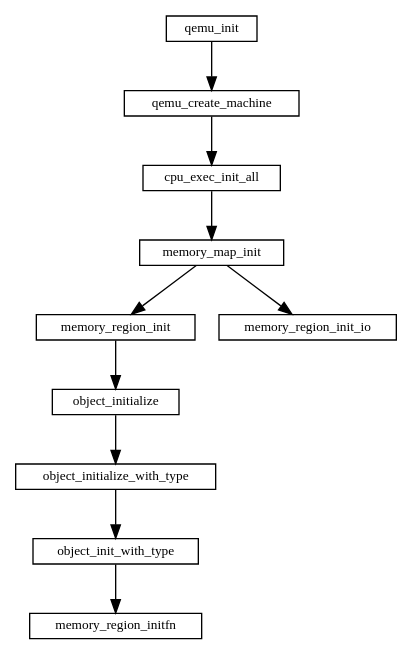
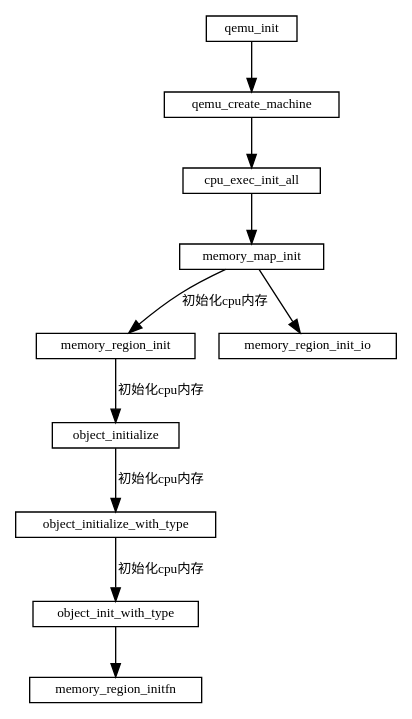
One commit to sisyphus1212/note changed the diagram in qemu/qemu-kvm内存虚拟化.md. Above: the diagram before and after it, drawn with Graphviz.

Commit message:
auto_update

````diff
--- a/qemu/qemu-kvm内存虚拟化.md
+++ b/qemu/qemu-kvm内存虚拟化.md
@@ -10,21 +10,22 @@
 ```graphviz
 digraph {
     fontname="Helvetica,Arial,sans-serif"
     //node [fontname="Helvetica,Arial,sans-serif"]
     //edge [fontname="Helvetica,Arial,sans-serif"]
     //rankdir="LR"
     node [fontsize=10, shape=record, height=0.25]
     edge [fontsize=10]
     qemu_init -> qemu_create_machine
               -> cpu_exec_init_all
               -> memory_map_init
               memory_map_init
                 -> memory_region_init
                 -> object_initialize
                 -> object_initialize_with_type
-                -> object_init_with_type
+                -> object_init_with_type[label="初始化cpu内存"]
+                object_init_with_type
                 -> memory_region_initfn
               memory_map_init
                 -> memory_region_init_io
 }
 ```
````
